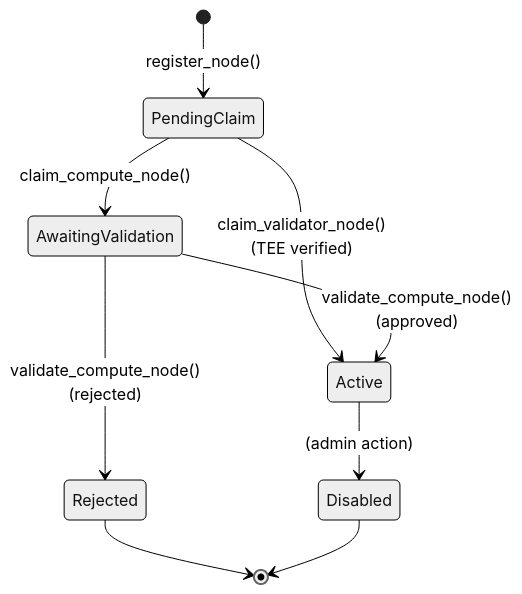
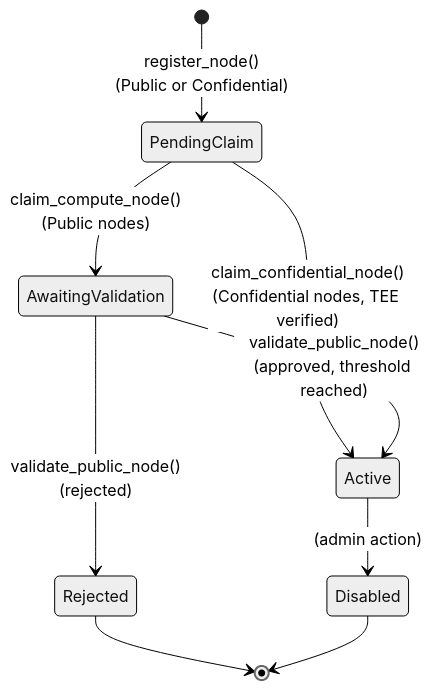
Before and after one commit to JorgeCosta87/decentralized-autonomous-computing: the second of 13 diagrams in docs/design.md, drawn with Mermaid (neutral theme). The commit also changed other lines of this file and 1 other file, not shown here.

````diff
--- a/docs/design.md
+++ b/docs/design.md
@@ -198,11 +228,11 @@
 ```mermaid
 stateDiagram-v2
-    [*] --> PendingClaim: register_node()
-    PendingClaim --> AwaitingValidation: claim_compute_node()
-    PendingClaim --> Active: claim_validator_node()<br/>(TEE verified)
-    AwaitingValidation --> Active: validate_compute_node()<br/>(approved)
-    AwaitingValidation --> Rejected: validate_compute_node()<br/>(rejected)
+    [*] --> PendingClaim: register_node()<br/>(Public or Confidential)
+    PendingClaim --> AwaitingValidation: claim_compute_node()<br/>(Public nodes)
+    PendingClaim --> Active: claim_confidential_node()<br/>(Confidential nodes, TEE verified)
+    AwaitingValidation --> Active: validate_public_node()<br/>(approved, threshold reached)
+    AwaitingValidation --> Rejected: validate_public_node()<br/>(rejected)
     Active --> Disabled: (admin action)
     Rejected --> [*]
     Disabled --> [*]
 ```
````
